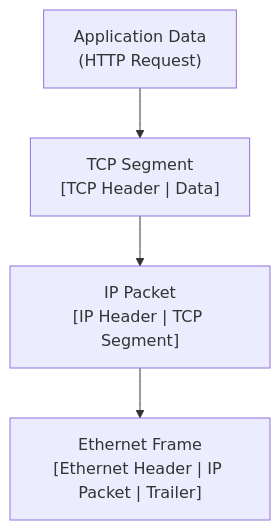
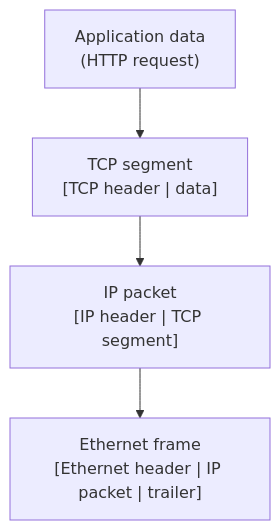
One commit to mohllal/system-design-interview-prep changed the second of 3 diagrams in fundamentals/02-network-protocols.md. Above: the diagram before and after it, drawn with Mermaid. The commit also changed other lines of this file and 35 other files, not shown here.

````diff
--- a/fundamentals/02-network-protocols.md
+++ b/fundamentals/02-network-protocols.md
@@ -44,6 +67,6 @@
 ```mermaid
 graph TD
-    A["Application Data<br/>(HTTP Request)"] --> B["TCP Segment<br/>[TCP Header | Data]"]
-    B --> C["IP Packet<br/>[IP Header | TCP Segment]"]
-    C --> D["Ethernet Frame<br/>[Ethernet Header | IP Packet | Trailer]"]
+    A["Application data<br/>(HTTP request)"] --> B["TCP segment<br/>[TCP header | data]"]
+    B --> C["IP packet<br/>[IP header | TCP segment]"]
+    C --> D["Ethernet frame<br/>[Ethernet header | IP packet | trailer]"]
 ```
````
